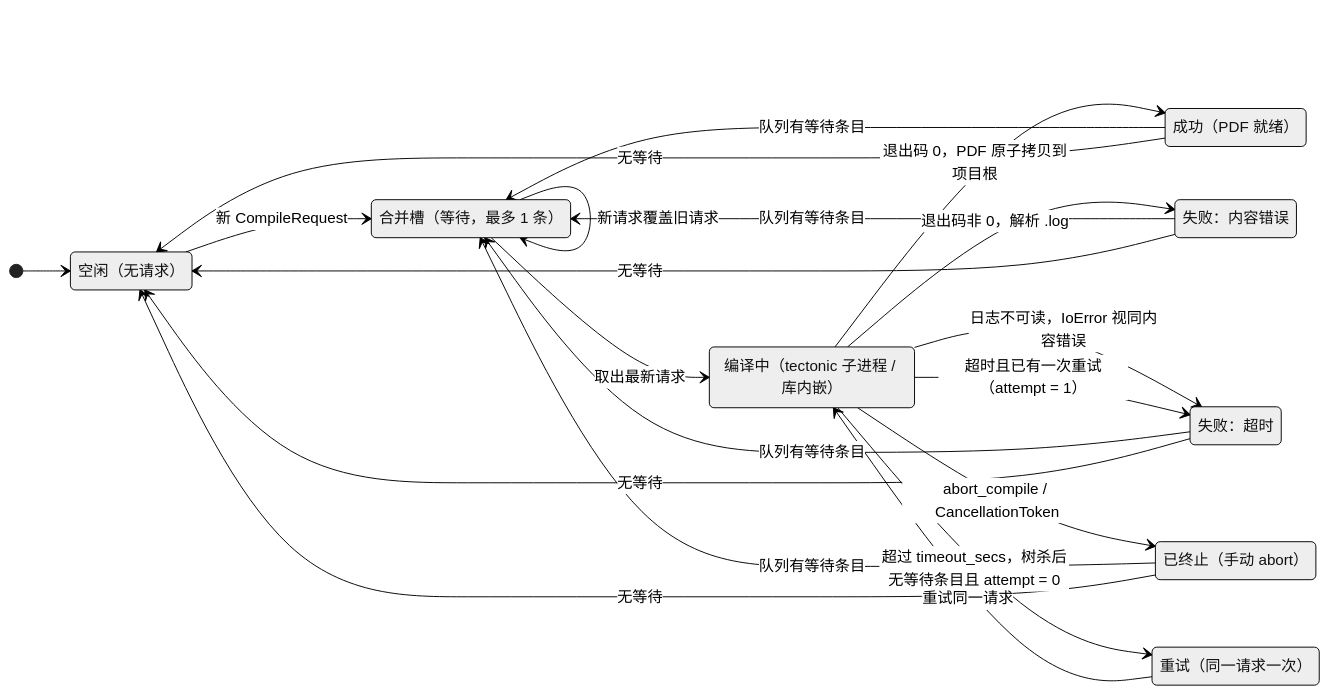
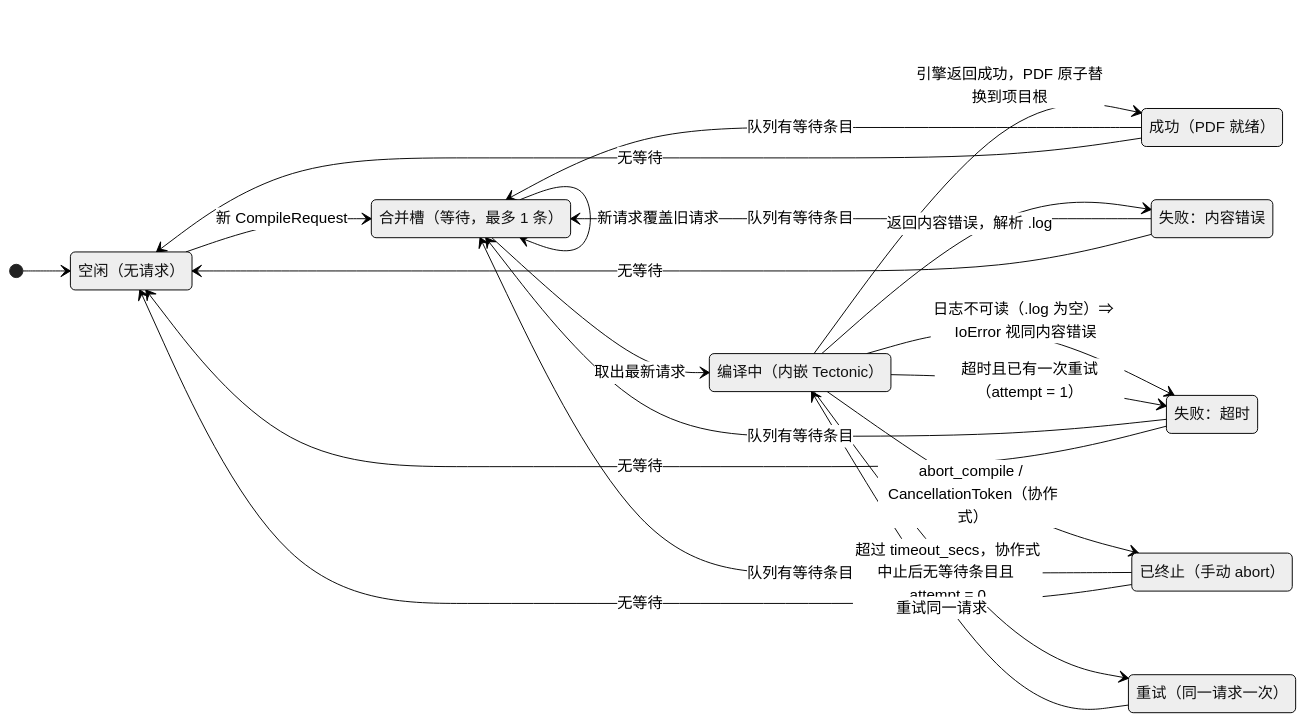
Before and after one commit to VinciBeans/Latteset: the third of 4 diagrams in docs/design.md, drawn with Mermaid (neutral theme). The commit also changed other lines of this file and 55 other files, not shown here.

````diff
--- a/docs/design.md
+++ b/docs/design.md
@@ -679,31 +676,31 @@
 ```mermaid
 stateDiagram-v2
   direction LR
   state "空闲（无请求）" as IDLE
   state "合并槽（等待，最多 1 条）" as QUEUED
-  state "编译中（tectonic 子进程 / 库内嵌）" as RUNNING
+  state "编译中（内嵌 Tectonic）" as RUNNING
   state "重试（同一请求一次）" as RETRY
   state "成功（PDF 就绪）" as OK
   state "失败：内容错误" as FAILC
   state "失败：超时" as FAILT
   state "已终止（手动 abort）" as ABORT
   [*] --> IDLE
   IDLE --> QUEUED: 新 CompileRequest
   QUEUED --> QUEUED: 新请求覆盖旧请求
   QUEUED --> RUNNING: 取出最新请求
-  RUNNING --> OK: 退出码 0，PDF 原子拷贝到项目根
-  RUNNING --> FAILC: 退出码非 0，解析 .log
-  RUNNING --> FAILT: 日志不可读，IoError 视同内容错误
-  RUNNING --> ABORT: abort_compile / CancellationToken
-  RUNNING --> RETRY: 超过 timeout_secs，树杀后无等待条目且 attempt = 0
+  RUNNING --> OK: 引擎返回成功，PDF 原子替换到项目根
+  RUNNING --> FAILC: 返回内容错误，解析 .log
+  RUNNING --> FAILT: 日志不可读（.log 为空）⇒ IoError 视同内容错误
+  RUNNING --> ABORT: abort_compile / CancellationToken（协作式）
+  RUNNING --> RETRY: 超过 timeout_secs，协作式中止后无等待条目且 attempt = 0
   RETRY --> RUNNING: 重试同一请求
   RUNNING --> FAILT: 超时且已有一次重试（attempt = 1）
   OK --> QUEUED: 队列有等待条目
   FAILC --> QUEUED: 队列有等待条目
   ABORT --> QUEUED: 队列有等待条目
   FAILT --> QUEUED: 队列有等待条目
   OK --> IDLE: 无等待
   FAILC --> IDLE: 无等待
   ABORT --> IDLE: 无等待
   FAILT --> IDLE: 无等待
 ```
````
